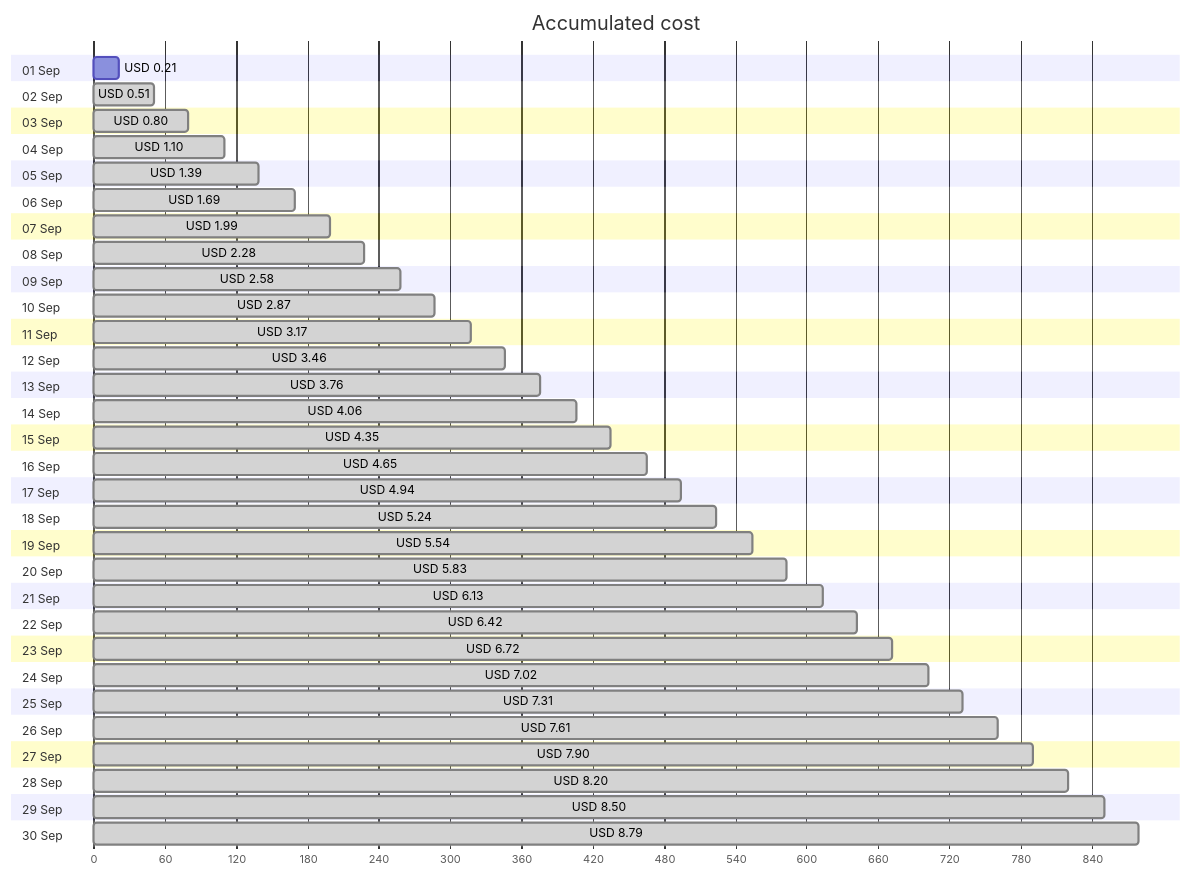
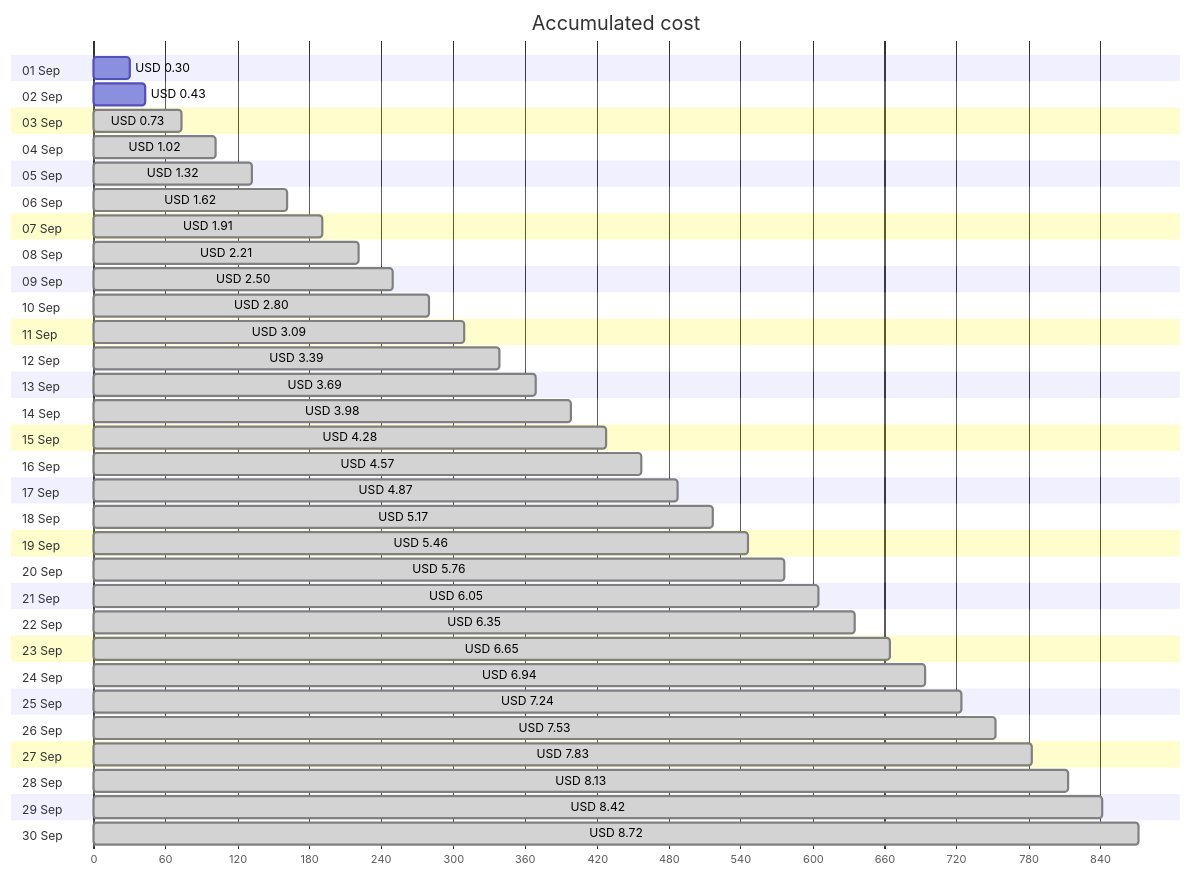
Before and after one commit to jpfulton/azure-personal-reports: the first of 4 diagrams in cost-reports/personal-site/personal-site-preview.md, drawn with Mermaid. The commit also changed other lines of this file and 6 other files, not shown here.

````diff
--- a/cost-reports/personal-site/personal-site-preview.md
+++ b/cost-reports/personal-site/personal-site-preview.md
@@ -20,66 +20,66 @@
 ```mermaid
 gantt
    title Accumulated cost
    dateFormat  X
    axisFormat %s
    section 01 Sep
-   USD 0.21 :0, 21
+   USD 0.30 :0, 30
    section 02 Sep
-   USD 0.51 : done, 0, 51
+   USD 0.43 :0, 43
    section 03 Sep
-   USD 0.80 : done, 0, 80
+   USD 0.73 : done, 0, 73
    section 04 Sep
-   USD 1.10 : done, 0, 110
+   USD 1.02 : done, 0, 102
    section 05 Sep
-   USD 1.39 : done, 0, 139
+   USD 1.32 : done, 0, 132
    section 06 Sep
-   USD 1.69 : done, 0, 169
+   USD 1.62 : done, 0, 162
    section 07 Sep
-   USD 1.99 : done, 0, 199
+   USD 1.91 : done, 0, 191
    section 08 Sep
-   USD 2.28 : done, 0, 228
+   USD 2.21 : done, 0, 221
    section 09 Sep
-   USD 2.58 : done, 0, 258
+   USD 2.50 : done, 0, 250
    section 10 Sep
-   USD 2.87 : done, 0, 287
+   USD 2.80 : done, 0, 280
    section 11 Sep
-   USD 3.17 : done, 0, 317
+   USD 3.09 : done, 0, 309
    section 12 Sep
-   USD 3.46 : done, 0, 346
+   USD 3.39 : done, 0, 339
    section 13 Sep
-   USD 3.76 : done, 0, 376
+   USD 3.69 : done, 0, 369
    section 14 Sep
-   USD 4.06 : done, 0, 406
+   USD 3.98 : done, 0, 398
    section 15 Sep
-   USD 4.35 : done, 0, 435
+   USD 4.28 : done, 0, 428
    section 16 Sep
-   USD 4.65 : done, 0, 465
+   USD 4.57 : done, 0, 457
    section 17 Sep
-   USD 4.94 : done, 0, 494
+   USD 4.87 : done, 0, 487
    section 18 Sep
-   USD 5.24 : done, 0, 524
+   USD 5.17 : done, 0, 517
    section 19 Sep
-   USD 5.54 : done, 0, 554
+   USD 5.46 : done, 0, 546
    section 20 Sep
-   USD 5.83 : done, 0, 583
+   USD 5.76 : done, 0, 576
    section 21 Sep
-   USD 6.13 : done, 0, 613
+   USD 6.05 : done, 0, 605
    section 22 Sep
-   USD 6.42 : done, 0, 642
+   USD 6.35 : done, 0, 635
    section 23 Sep
-   USD 6.72 : done, 0, 672
+   USD 6.65 : done, 0, 665
    section 24 Sep
-   USD 7.02 : done, 0, 702
+   USD 6.94 : done, 0, 694
    section 25 Sep
-   USD 7.31 : done, 0, 731
+   USD 7.24 : done, 0, 724
    section 26 Sep
-   USD 7.61 : done, 0, 761
+   USD 7.53 : done, 0, 753
    section 27 Sep
-   USD 7.90 : done, 0, 790
+   USD 7.83 : done, 0, 783
    section 28 Sep
-   USD 8.20 : done, 0, 820
+   USD 8.13 : done, 0, 813
    section 29 Sep
-   USD 8.50 : done, 0, 850
+   USD 8.42 : done, 0, 842
    section 30 Sep
-   USD 8.79 : done, 0, 879
+   USD 8.72 : done, 0, 872
 ```
````
